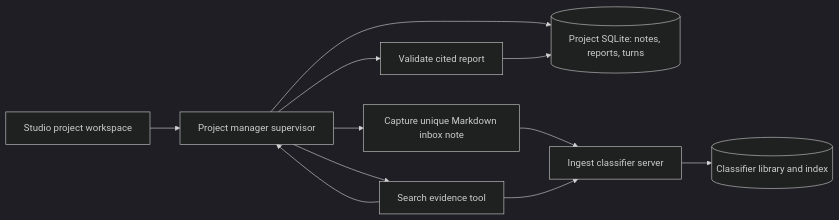
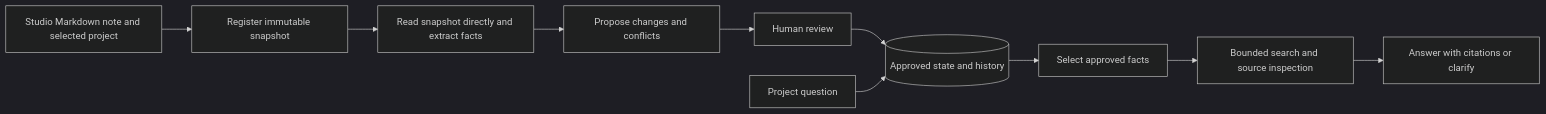
The diagram in project-manager/docs/architecture.md (elisealcala/agents), drawn with Mermaid (dark theme) before and after one commit. The commit also changed other lines of this file and 77 other files, not shown here.

Commit message:
Build accuracy-first project manager with reviewed evidence

````diff
--- a/project-manager/docs/architecture.md
+++ b/project-manager/docs/architecture.md
@@ -7,13 +9,12 @@
 ```mermaid
 flowchart LR
-  U[Studio project workspace] --> PM[Project manager supervisor]
-  PM --> DB[(Project SQLite: notes, reports, turns)]
-  PM --> IN[Capture unique Markdown inbox note]
-  IN --> IC[Ingest classifier server]
-  IC --> LIB[(Classifier library and index)]
-  PM --> S[Search evidence tool]
-  S --> IC
-  S --> PM
-  PM --> R[Validate cited report]
-  R --> DB
+    N[Studio Markdown note and selected project] --> R[Register immutable snapshot]
+    R --> X[Read snapshot directly and extract facts]
+    X --> C[Propose changes and conflicts]
+    C --> U[Human review]
+    U --> S[(Approved state and history)]
+    Q[Project question] --> S
+    S --> A[Select approved facts]
+    A --> T[Bounded search and source inspection]
+    T --> O[Answer with citations or clarify]
 ```
````
